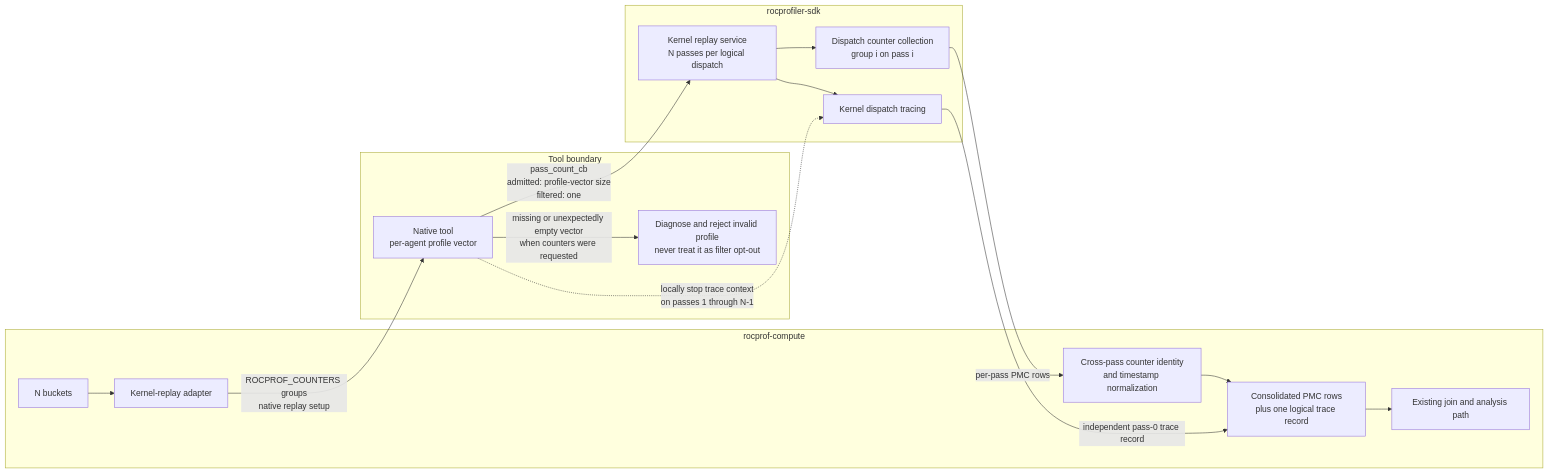
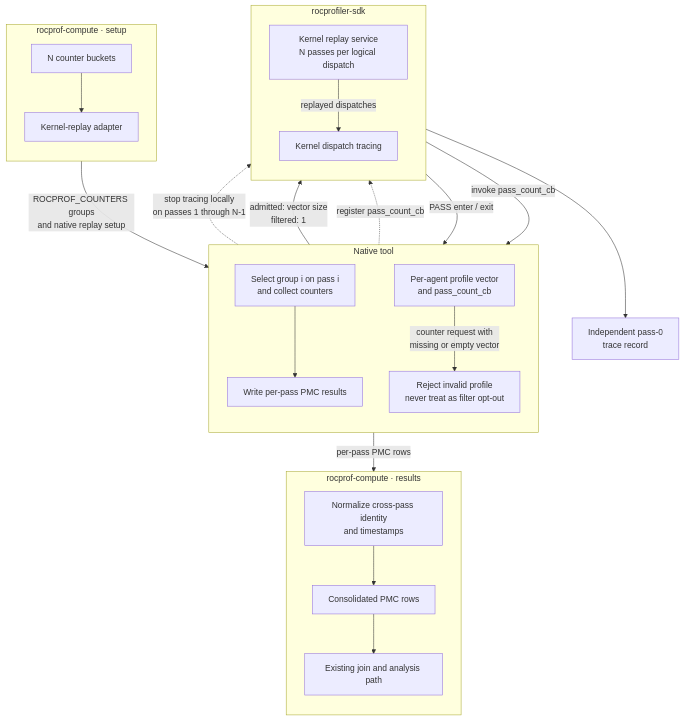
Before and after one commit to ROCm/rocm-systems: the fourth of 5 diagrams in projects/rocprofiler-compute/docs/design/hld-kernel-replay.md, drawn with Mermaid. The commit also changed other lines of this file, not shown here.

Commit message:
Clarify kernel replay design and result ownership

````diff
--- a/projects/rocprofiler-compute/docs/design/hld-kernel-replay.md
+++ b/projects/rocprofiler-compute/docs/design/hld-kernel-replay.md
@@ -241,35 +246,43 @@
 ```mermaid
-graph LR
-    subgraph Compute["rocprof-compute"]
-        Buckets["N buckets"]
+flowchart TD
+    subgraph ComputeSetup["rocprof-compute · setup"]
+        direction TB
+        Buckets["N counter buckets"]
         Adapter["Kernel-replay adapter"]
-        Normalize["Cross-pass counter identity<br/>and timestamp normalization"]
-        Output["Consolidated PMC rows<br/>plus one logical trace record"]
-        Analysis["Existing join and analysis path"]
         Buckets --> Adapter
-        Normalize --> Output
-        Output --> Analysis
     end
 
-    subgraph Tools["Tool boundary"]
-        Native["Native tool<br/>per-agent profile vector"]
-        Reject["Diagnose and reject invalid profile<br/>never treat it as filter opt-out"]
+    subgraph NativeTool["Native tool"]
+        direction TB
+        Profiles["Per-agent profile vector<br/>and pass_count_cb"]
+        Collect["Select group i on pass i<br/>and collect counters"]
+        Write["Write per-pass PMC results"]
+        Reject["Reject invalid profile<br/>never treat as filter opt-out"]
+        Collect --> Write
     end
 
     subgraph SDK["rocprofiler-sdk"]
+        direction TB
         Replay["Kernel replay service<br/>N passes per logical dispatch"]
-        Counters["Dispatch counter collection<br/>group i on pass i"]
         Trace["Kernel dispatch tracing"]
-        Replay --> Counters
-        Replay --> Trace
     end
 
-    Adapter -- "ROCPROF_COUNTERS groups<br/>native replay setup" --> Native
+    subgraph ComputeResults["rocprof-compute · results"]
+        direction TB
+        Normalize["Normalize cross-pass identity<br/>and timestamps"]
+        Output["Consolidated PMC rows"]
+        Analysis["Existing join and analysis path"]
+        Normalize --> Output --> Analysis
+    end
 
-    Native -- "pass_count_cb<br/>admitted: profile-vector size<br/>filtered: one" --> Replay
-    Native -- "missing or unexpectedly empty vector<br/>when counters were requested" --> Reject
-
-    Native -. "locally stop trace context<br/>on passes 1 through N-1" .-> Trace
-    Counters -- "per-pass PMC rows" --> Normalize
-    Trace -- "independent pass-0 trace record" --> Output
+    Adapter -- "ROCPROF_COUNTERS groups<br/>and native replay setup" --> Profiles
+    Profiles -. "register pass_count_cb" .-> Replay
+    Replay -- "invoke pass_count_cb" --> Profiles
+    Profiles -- "admitted: vector size<br/>filtered: 1" --> Replay
+    Profiles -- "counter request with<br/>missing or empty vector" --> Reject
+    Replay -- "PASS enter / exit" --> Collect
+    Replay -- "replayed dispatches" --> Trace
+    Collect -. "stop tracing locally<br/>on passes 1 through N-1" .-> Trace
+    Write -- "per-pass PMC rows" --> Normalize
+    Trace --> TraceOutput["Independent pass-0<br/>trace record"]
 ```
````
